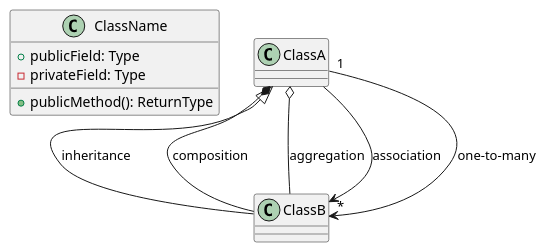
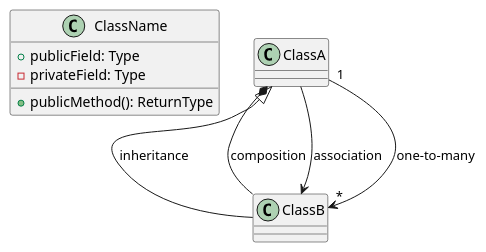
One commit to rubrical-studios/idpf-praxis-dist changed the second of 4 diagrams in Skills/uml-generation/SKILL.md. Above: the diagram before and after it, drawn with PlantUML. The commit also changed other lines of this file and 267 other files, not shown here.

````diff
--- a/Skills/uml-generation/SKILL.md
+++ b/Skills/uml-generation/SKILL.md
@@ -34,14 +56,14 @@
 ```plantuml
 @startuml
 class ClassName {
   +publicField: Type
   -privateField: Type
   +publicMethod(): ReturnType
 }
+
 ClassA <|-- ClassB        : inheritance
 ClassA *-- ClassB         : composition
-ClassA o-- ClassB         : aggregation
 ClassA --> ClassB         : association
 ClassA "1" --> "*" ClassB : one-to-many
 @enduml
 ```
````
